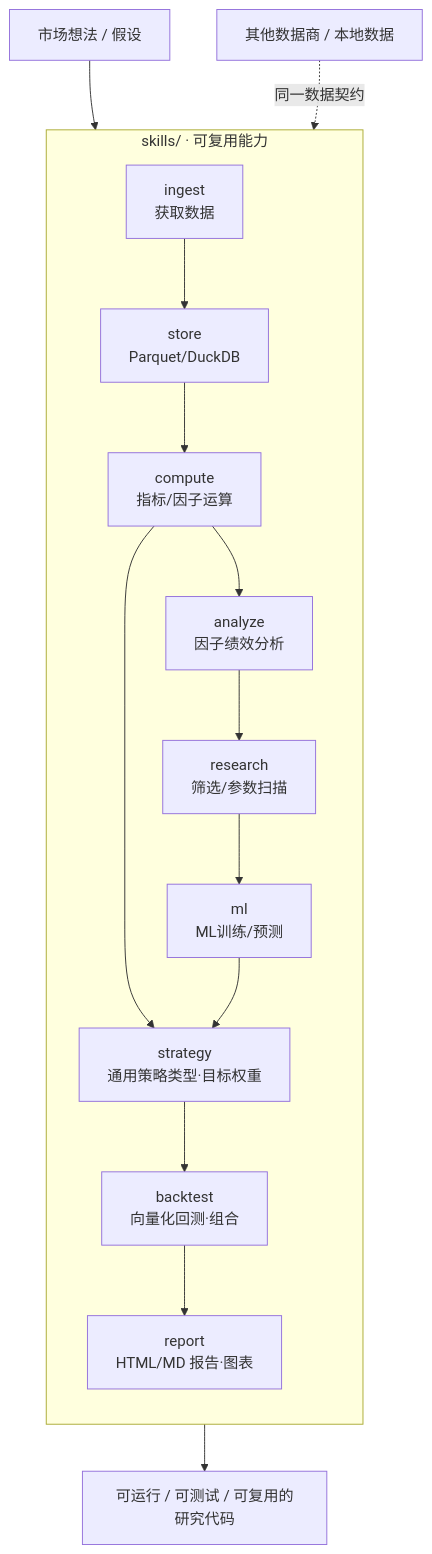
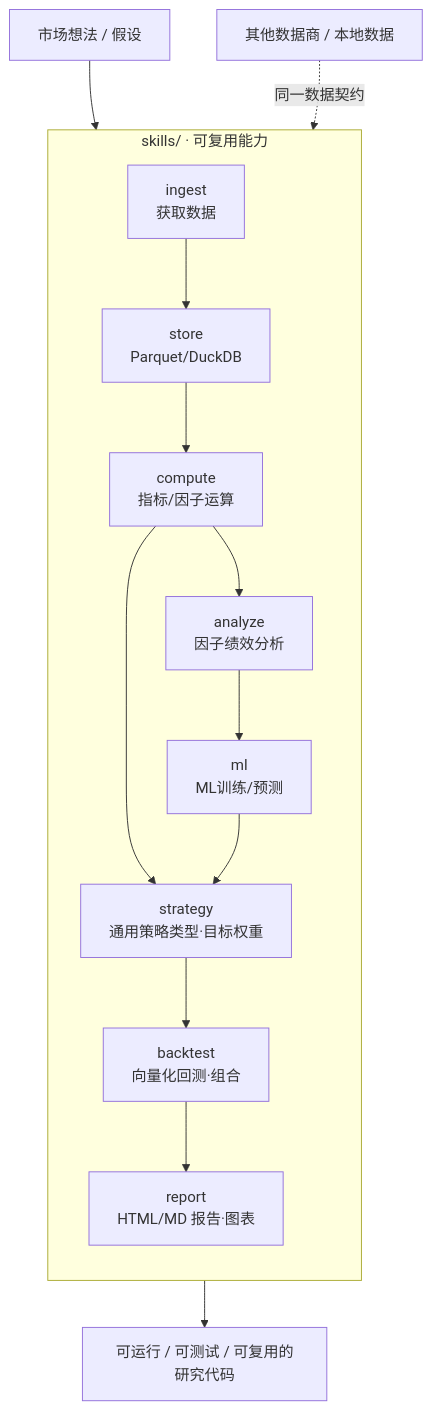
Before and after one commit to quantskills/agent-quantspace: the diagram in README.md, drawn with Mermaid. The commit also changed other lines of this file and 38 other files, not shown here.

````diff
--- a/README.md
+++ b/README.md
@@ -31,18 +31,17 @@
 ```mermaid
 flowchart TD
     idea["市场想法 / 假设"] --> ingest
     subgraph skills["skills/ · 可复用能力"]
         direction TB
         ingest["ingest<br/>获取数据"] --> store["store<br/>Parquet/DuckDB"]
         store --> compute["compute<br/>指标/因子运算"]
         compute --> analyze["analyze<br/>因子绩效分析"]
-        analyze --> research["research<br/>筛选/参数扫描"]
-        research --> ml["ml<br/>ML训练/预测"]
+        analyze --> ml["ml<br/>ML训练/预测"]
         compute --> strategy["strategy<br/>通用策略类型·目标权重"]
         ml --> strategy
         strategy --> backtest["backtest<br/>向量化回测·组合"]
         backtest --> report["report<br/>HTML/MD 报告·图表"]
     end
     report --> out["可运行 / 可测试 / 可复用的研究代码"]
     vendor["其他数据商 / 本地数据"] -. 同一数据契约 .-> ingest
 ```
````
